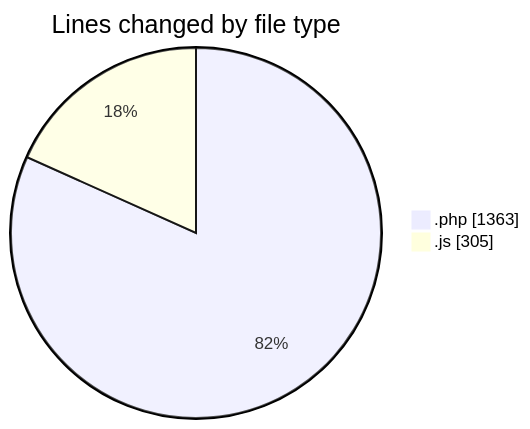
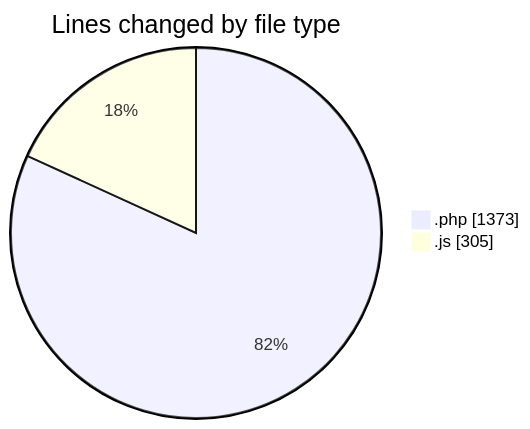
One commit to debugP/code-tracking changed the first of 2 diagrams in 2026-07-28/untitled__workspace_/README.md. Above: the diagram before and after it, drawn with Mermaid. The commit also changed other lines of this file and 1 other file, not shown here.

````diff
--- a/2026-07-28/untitled__workspace_/README.md
+++ b/2026-07-28/untitled__workspace_/README.md
@@ -22,6 +22,6 @@
 ```mermaid
 pie showData
 title Lines changed by file type
-".php" : 1363
+".php" : 1373
 ".js" : 305
 ```
````
